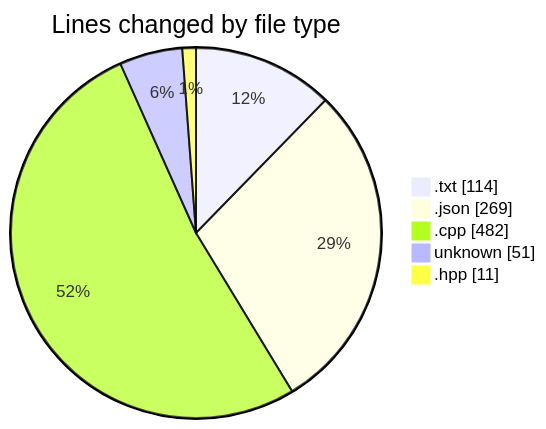
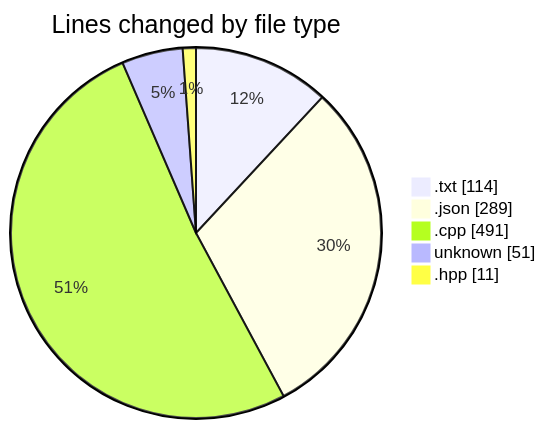
One commit to Netris89/code-tracking changed the first of 2 diagrams in 2025-04-07/echo/README.md. Above: the diagram before and after it, drawn with Mermaid. The commit also changed other lines of this file and 1 other file, not shown here.

````diff
--- a/2025-04-07/echo/README.md
+++ b/2025-04-07/echo/README.md
@@ -25,9 +26,9 @@
 ```mermaid
 pie showData
 title Lines changed by file type
 ".txt" : 114
-".json" : 269
-".cpp" : 482
+".json" : 289
+".cpp" : 491
 "unknown" : 51
 ".hpp" : 11
 ```
````
